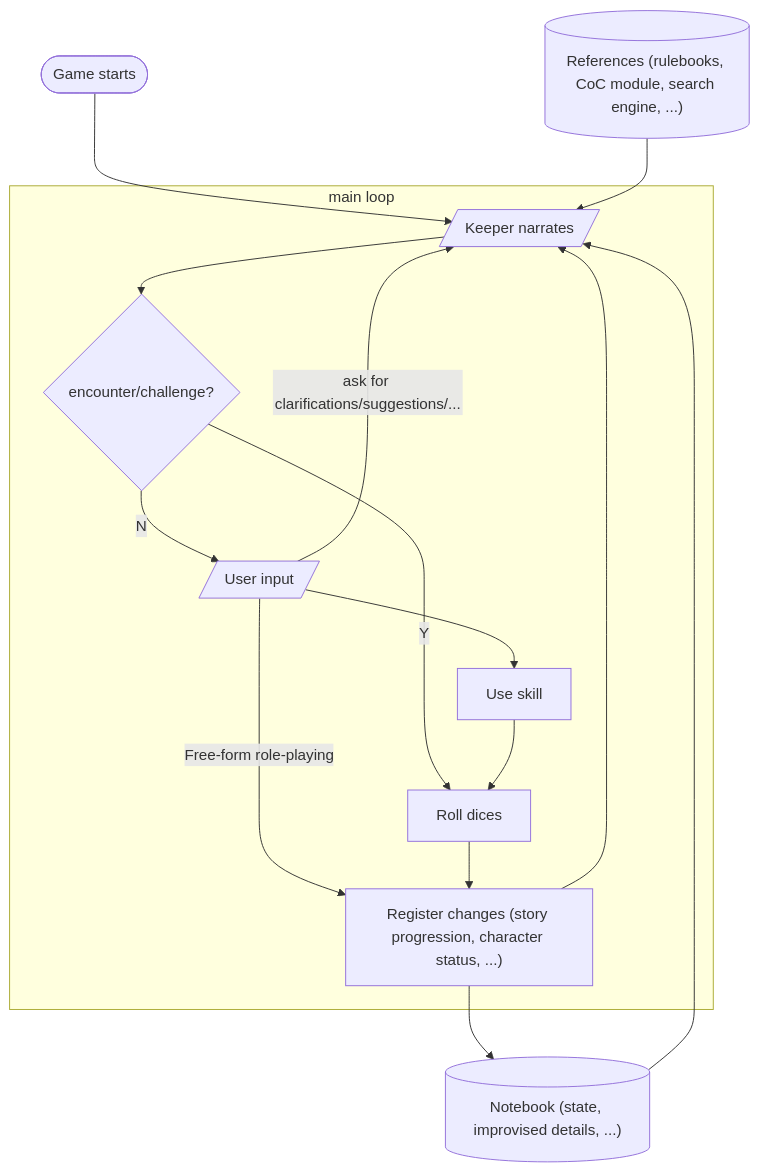
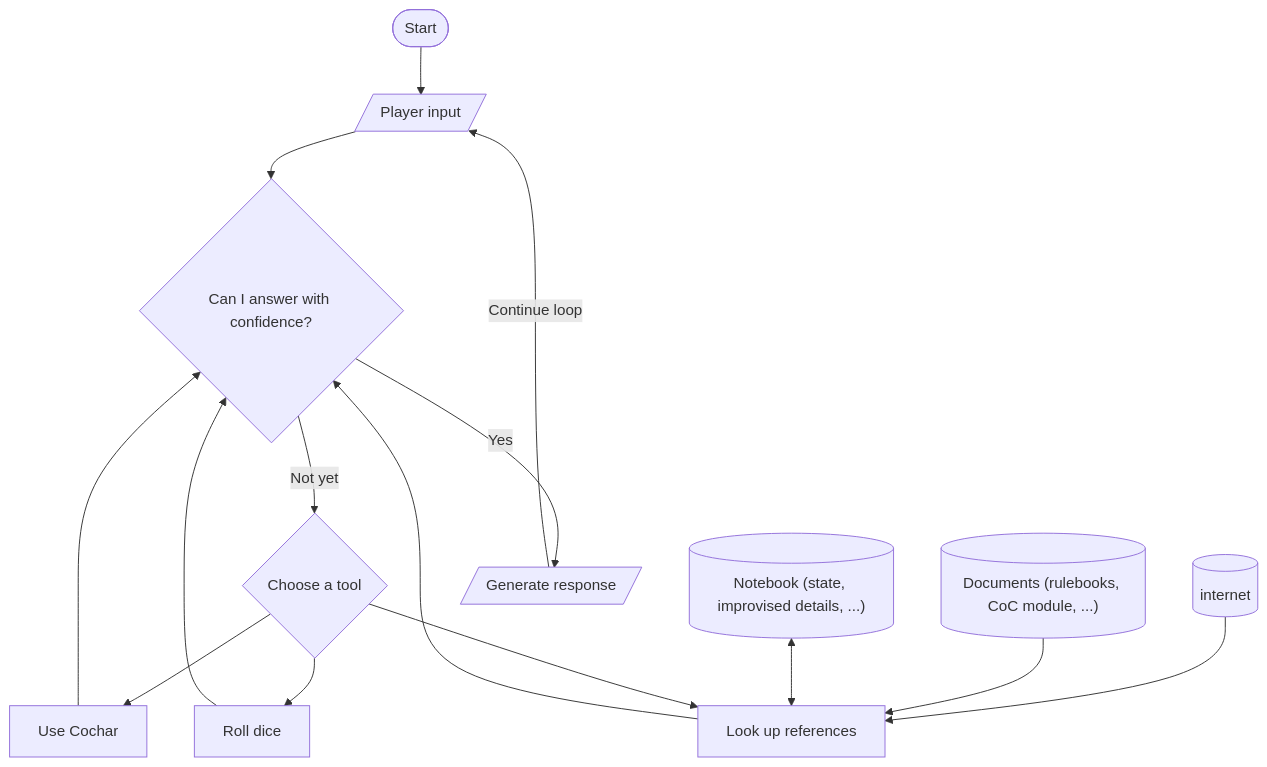
One commit to kdandy1/Cocai changed the second of 2 diagrams in README.md. Above: the diagram before and after it, drawn with Mermaid. The commit also changed other lines of this file, not shown here.

Commit message:
update flowchart

````diff
--- a/README.md
+++ b/README.md
@@ -136,18 +134,21 @@
 ```mermaid
-graph TD
-    A([Game starts]) --> C[/"`Keeper narrates`"/]
-    subgraph a [main loop]
-        C --> ec{"`encounter/challenge?`"}
-        ec-->|Y| G
-        ec --> |N| D[/"`User input`"/]
-        D --> F["`Use skill`"]
-        D --> |Free-form role-playing| H
-        F --> G["`Roll dices`"]
-        G --> H["`Register changes (story progression, character status, ...)`"]
-        H --> C
-        D --> |"`ask for clarifications/suggestions/...`"| C
-    end
-    data[("`References (rulebooks, CoC module, search engine, ...)`")] --> C
-    note[("`Notebook (state, improvised details, ...)`")] --> C
-    H --> note
+flowchart TD
+    S([Start]) -->
+    A[/Player input/] --> B{"Can I answer with confidence?"}
+    B --> |Not yet| C{"Choose a tool"}
+
+    C --> D[Use Cochar]
+    C --> E[Roll dice]
+        srch[("`internet`")] --> F
+        data[("`Documents (rulebooks, CoC module, ...)`")] --> F
+        note[("`Notebook (state, improvised details, ...)`")] <--> F
+    C --> F[Look up references]
+
+    D --> B
+    E --> B
+    F --> B
+
+    B --> |Yes| G[/Generate response/]
+
+    G --> |Continue loop| A
 ```
````
